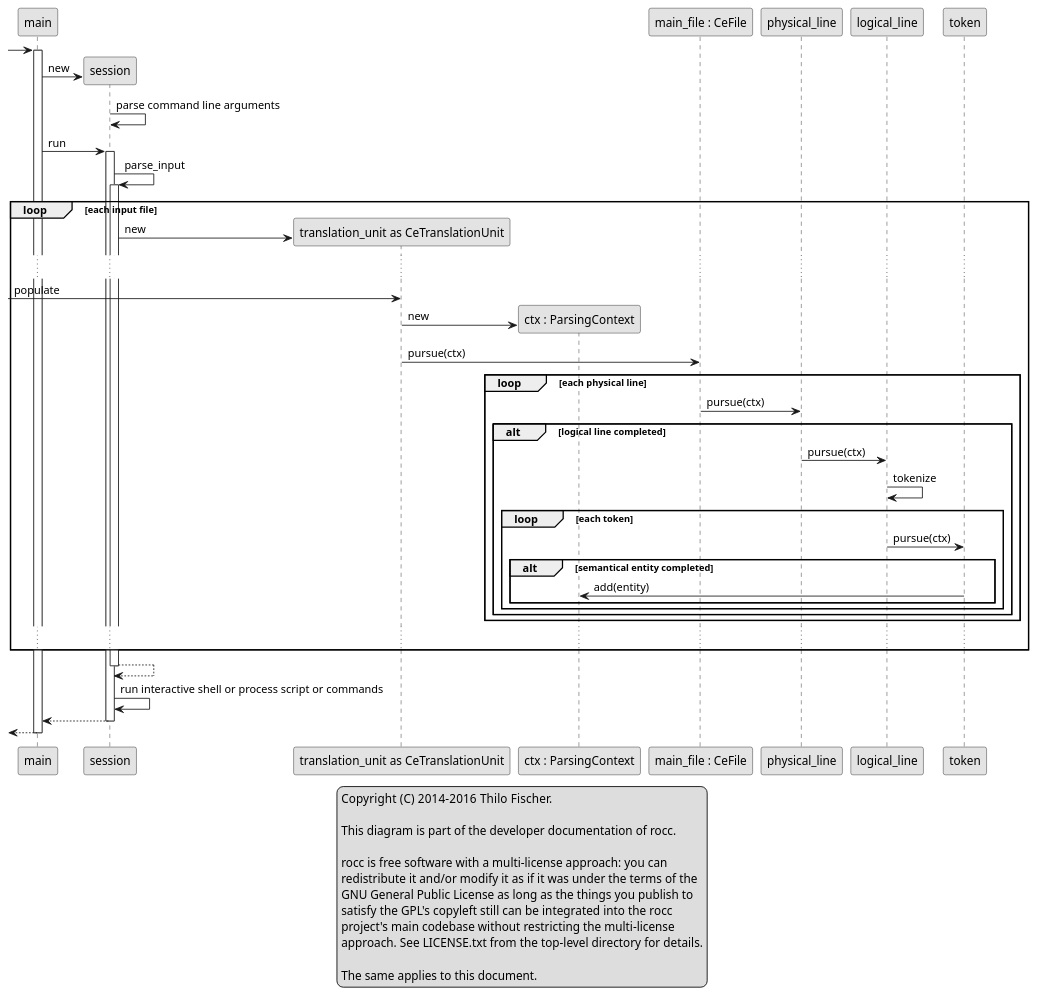
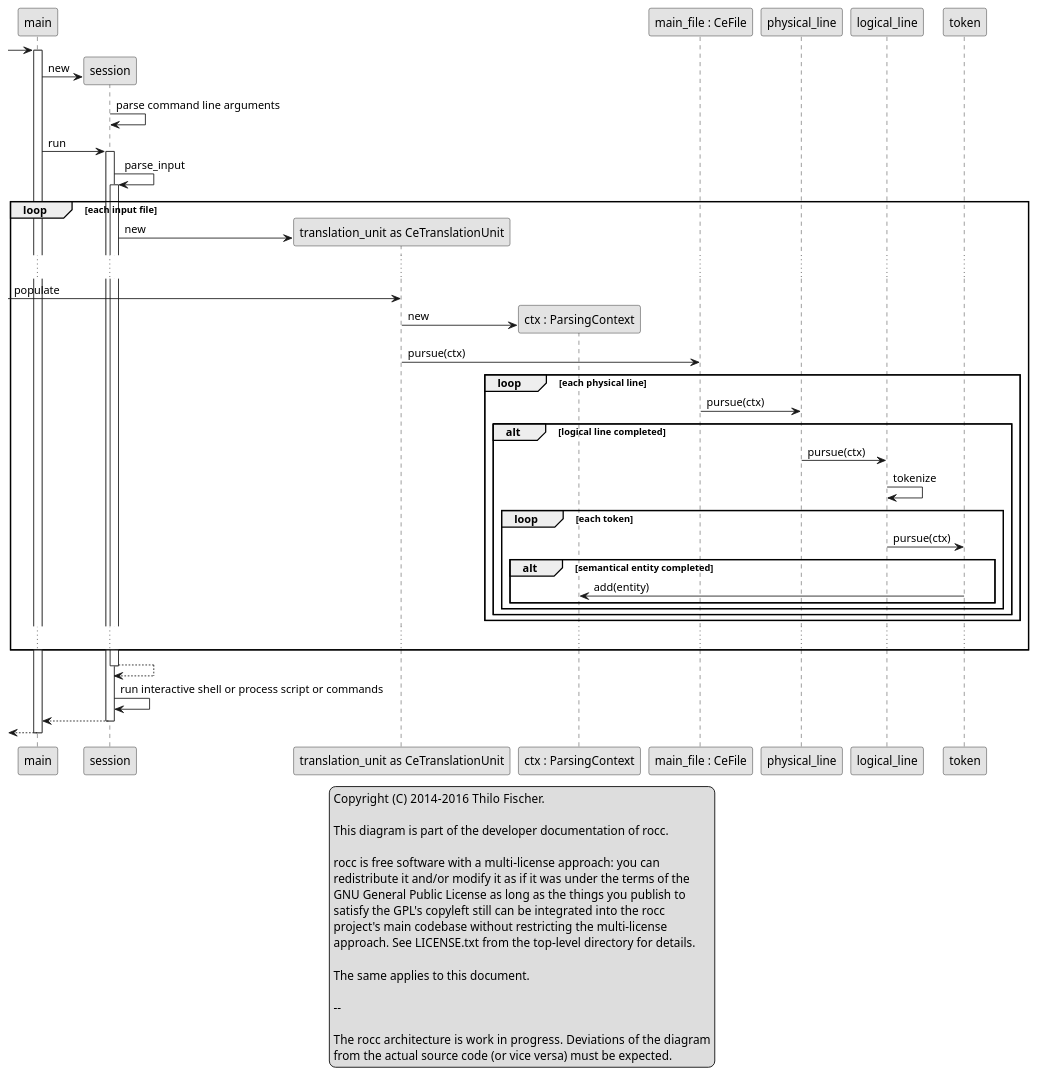
One commit to thilo-fischer/rocc changed the diagram in design/delegation_sequence.puml. Above: the diagram before and after it, drawn with PlantUML. The commit also changed 5 other files, not shown here.

Commit message:
remove 'planned rework' comments in design diagrams

```diff
--- a/design/delegation_sequence.puml
+++ b/design/delegation_sequence.puml
@@ -1,94 +1,95 @@
 @startuml
 
-'participant main
-
 legend center
-'note left of main
   Copyright (C) 2014-2016  Thilo Fischer.
   
   This diagram is part of the developer documentation of rocc.
  
   rocc is free software with a multi-license approach: you can
   redistribute it and/or modify it as if it was under the terms of the
   GNU General Public License as long as the things you publish to
   satisfy the GPL's copyleft still can be integrated into the rocc
   project's main codebase without restricting the multi-license
   approach. See LICENSE.txt from the top-level directory for details.
  
   The same applies to this document.
+
+  --
+
+  The rocc architecture is work in progress.  Deviations of the diagram
+  from the actual source code (or vice versa) must be expected.
 endlegend
-'end note
 
 skinparam monochrome true
 
 [-> main
 activate main
 
 create session
 main -> session: new
 session -> session: parse command line arguments
 main -> session: run
 activate session
 session -> session: parse_input
 activate session
 
 loop each input file
 
 participant "translation_unit as CeTranslationUnit" as translation_unit
 create translation_unit
 session -> translation_unit: new
 
 ...
 
 [-> translation_unit: populate
 
 participant "ctx : ParsingContext" as ParsingContext
 
 create ParsingContext
 translation_unit -> ParsingContext : new
 
 participant "main_file : CeFile" as main_file
 translation_unit -> main_file : pursue(ctx)
 
 loop each physical line
 
 main_file -> physical_line : pursue(ctx)
 
 alt logical line completed
 
 physical_line -> logical_line : pursue(ctx)
 
 logical_line -> logical_line : tokenize
 
 loop each token
 
 logical_line -> token : pursue(ctx)
 
 alt semantical entity completed
 
 token -> ParsingContext : add(entity)
 
 end 'alt semantical entity completed
 
 end 'loop each token
 
 end 'alt logical line completed
 
 end 'loop each physical line
 
 ...
 
 end 'loop each input file
 
 session --> session
 deactivate session
 
 session -> session: run interactive shell or process script or commands
 
 session --> main
 deactivate session
 
 [<-- main 
 deactivate main
 
 @enduml
```
